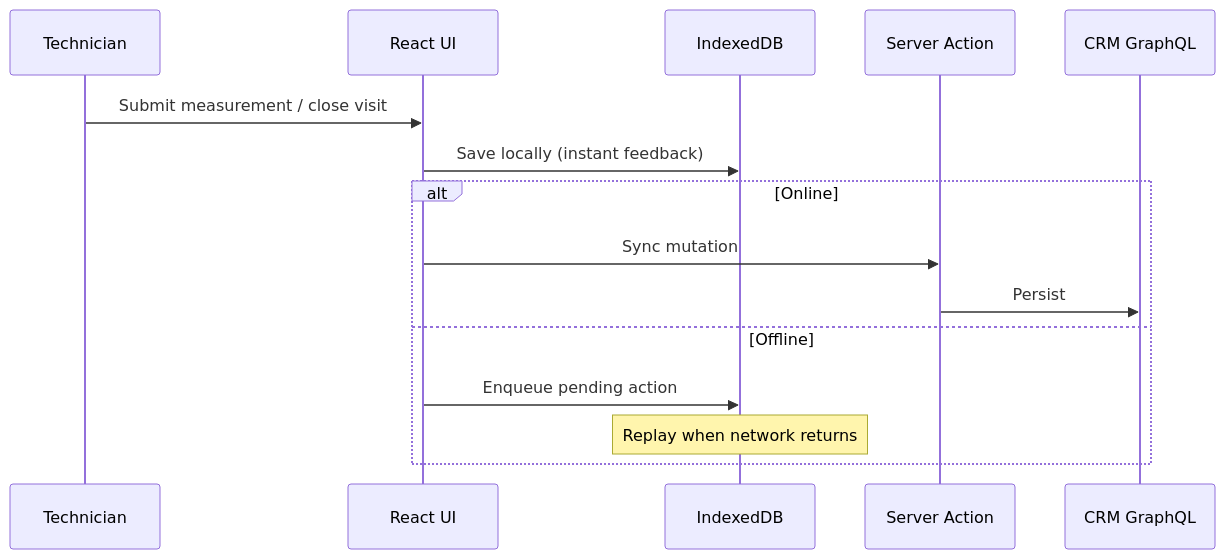
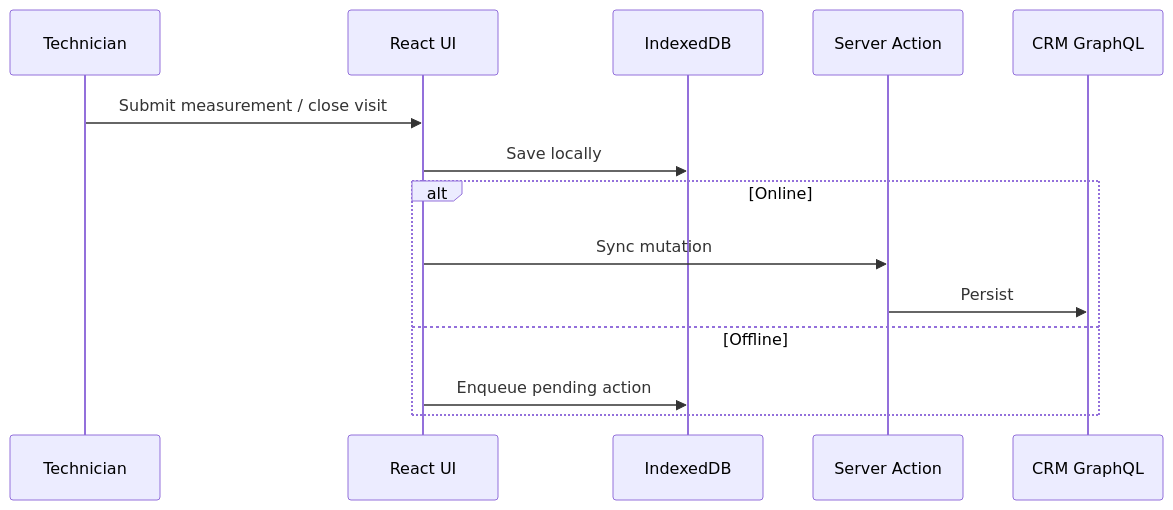
The second of 2 diagrams in README.md (alyekseyenko/services-blinds), drawn with Mermaid before and after one commit. The commit also changed other lines of this file and 9 other files, not shown here.

````diff
--- a/README.md
+++ b/README.md
@@ -142,18 +182,17 @@
 ```mermaid
 sequenceDiagram
     participant Tech as Technician
     participant UI as React UI
     participant IDB as IndexedDB
     participant API as Server Action
     participant CRM as CRM GraphQL
 
     Tech->>UI: Submit measurement / close visit
-    UI->>IDB: Save locally (instant feedback)
+    UI->>IDB: Save locally
     alt Online
         UI->>API: Sync mutation
         API->>CRM: Persist
     else Offline
         UI->>IDB: Enqueue pending action
-        Note over IDB: Replay when network returns
     end
 ```
````
